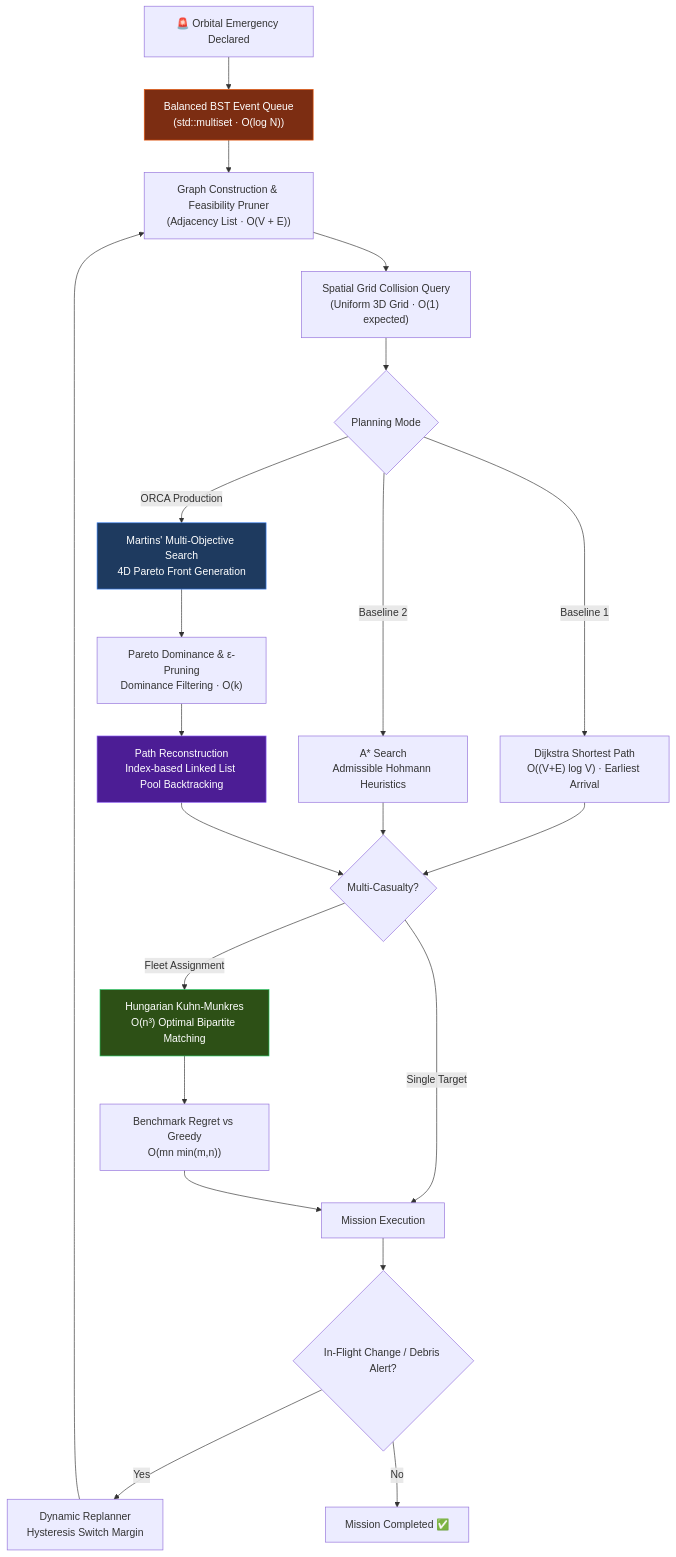
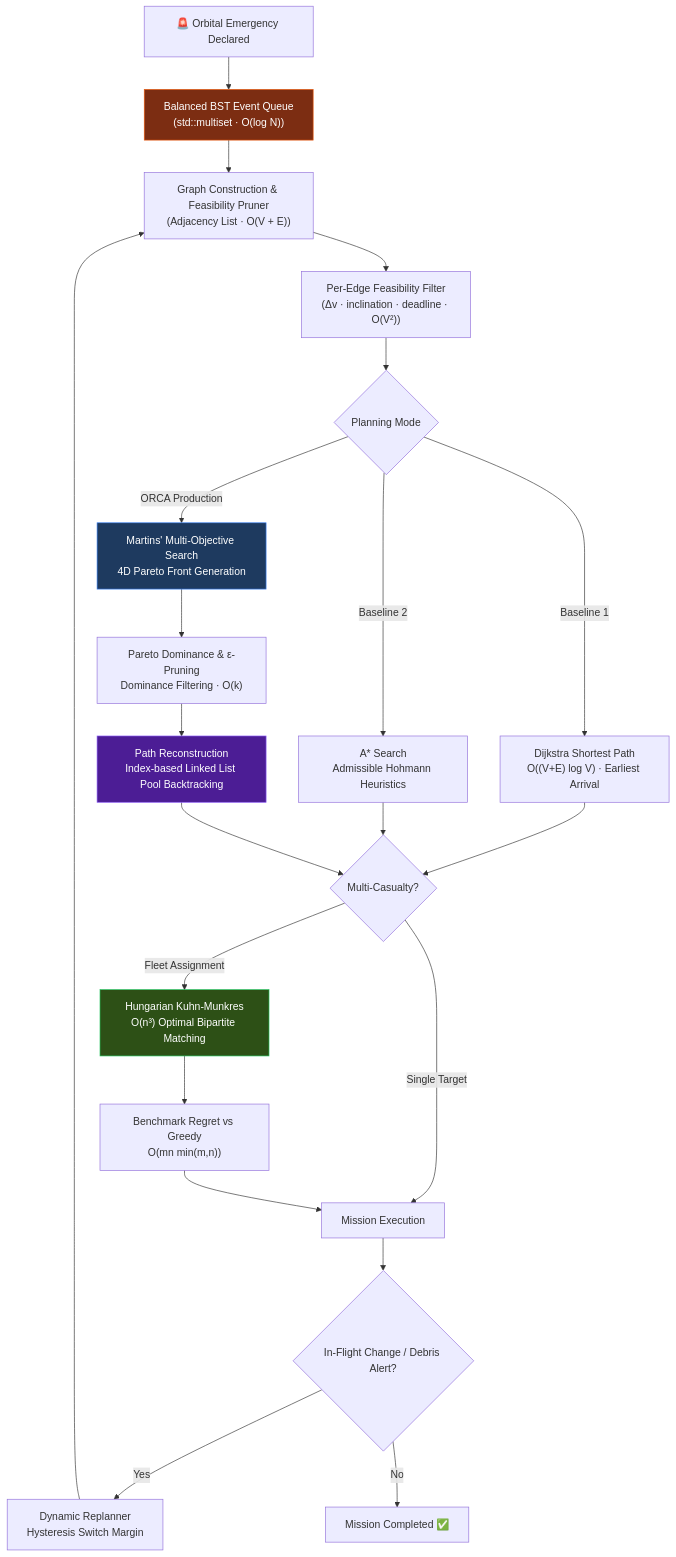
One commit to trivediyash154-source/orca- changed the diagram in README.md. Above: the diagram before and after it, drawn with Mermaid. The commit also changed other lines of this file and 30 other files, not shown here.

````diff
--- a/README.md
+++ b/README.md
@@ -189,33 +260,33 @@
 ```mermaid
 flowchart TD
     EM["🚨 Orbital Emergency Declared"] --> PQ["Balanced BST Event Queue<br/>(std::multiset · O(log N))"]
     PQ --> GB["Graph Construction & Feasibility Pruner<br/>(Adjacency List · O(V + E))"]
-    GB --> SP["Spatial Grid Collision Query<br/>(Uniform 3D Grid · O(1) expected)"]
-    SP --> MODE{"Planning Mode"}
+    GB --> FEAS["Per-Edge Feasibility Filter<br/>(Δv · inclination · deadline · O(V²))"]
+    FEAS --> MODE{"Planning Mode"}
 
     MODE -->|"Baseline 1"| DIJ["Dijkstra Shortest Path<br/>O((V+E) log V) · Earliest Arrival"]
     MODE -->|"Baseline 2"| AST["A* Search<br/>Admissible Hohmann Heuristics"]
     MODE -->|"ORCA Production"| MLS["Martins' Multi-Objective Search<br/>4D Pareto Front Generation"]
 
     MLS --> DOM["Pareto Dominance & ε-Pruning<br/>Dominance Filtering · O(k)"]
     DOM --> REC["Path Reconstruction<br/>Index-based Linked List Pool Backtracking"]
 
     DIJ --> ASSIGN{"Multi-Casualty?"}
     AST --> ASSIGN
     REC --> ASSIGN
 
     ASSIGN -->|"Single Target"| EXEC["Mission Execution"]
     ASSIGN -->|"Fleet Assignment"| HUNG["Hungarian Kuhn-Munkres<br/>O(n³) Optimal Bipartite Matching"]
     HUNG --> CMP["Benchmark Regret vs Greedy<br/>O(mn min(m,n))"]
     CMP --> EXEC
 
     EXEC --> DYN{"In-Flight Change / Debris Alert?"}
     DYN -->|"Yes"| REPLAN["Dynamic Replanner<br/>Hysteresis Switch Margin"]
     REPLAN --> GB
     DYN -->|"No"| COMPLETE["Mission Completed ✅"]
 
     style MLS fill:#1e3a5f,color:#fff,stroke:#3b82f6
     style HUNG fill:#2d5016,color:#fff,stroke:#22c55e
     style PQ fill:#7c2d12,color:#fff,stroke:#ea580c
     style REC fill:#4c1d95,color:#fff,stroke:#8b5cf6
 ```
````
